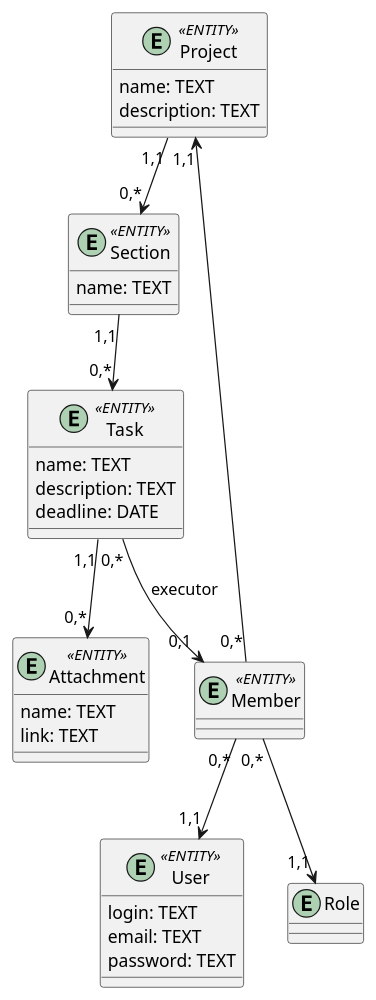
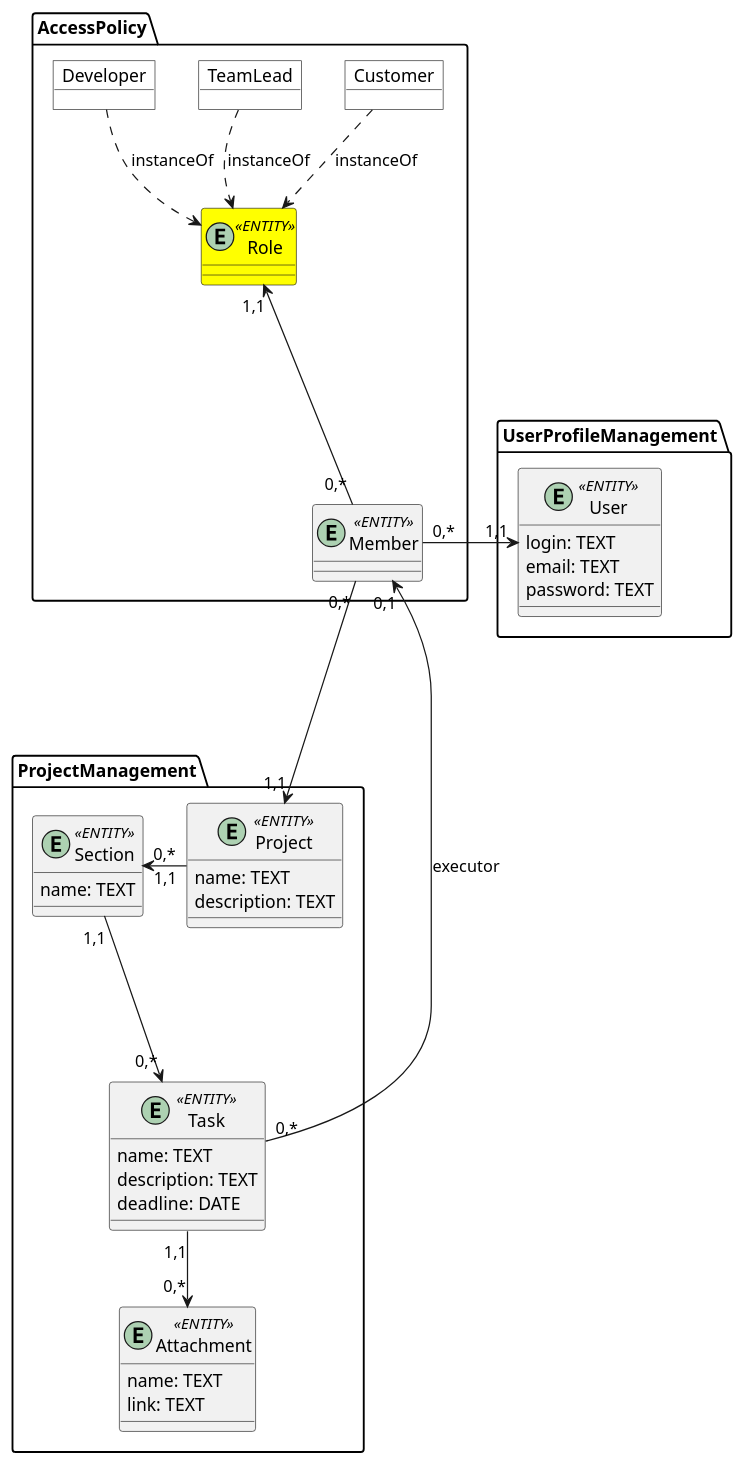
Before and after one commit to boldak/edu-db-cw: the second of 2 diagrams in docs/design/README.md, drawn with PlantUML.

Commit message:
finished ER-model

```diff
--- a/docs/design/README.md
+++ b/docs/design/README.md
@@ -85,46 +85,60 @@
 @startuml
 
-    entity Project <<ENTITY>> {
-      name: TEXT
-      description: TEXT
+    namespace UserProfileManagement {
+        entity User <<ENTITY>> {
+            login: TEXT
+            email: TEXT
+            password: TEXT
+        }
     }
 
-    entity User <<ENTITY>> {
-        login: TEXT
-        email: TEXT
-        password: TEXT
+    namespace ProjectManagement {
+        entity Project <<ENTITY>> {
+            name: TEXT
+            description: TEXT
+        }
+
+        entity Section <<ENTITY>> {
+            name: TEXT
+        }
+        
+        entity Task <<ENTITY>> {
+            name: TEXT
+            description: TEXT
+            deadline: DATE
+        }
+        
+        entity Attachment <<ENTITY>> {
+            name: TEXT
+            link: TEXT
+        }
     }
 
-    entity Member <<ENTITY>> { 
+    namespace AccessPolicy {
+        entity Member <<ENTITY>> { 
+        }
+
+        entity Role <<ENTITY>> #ffff00 {
+        }
+
+        object Customer #ffffff
+        object TeamLead #ffffff
+        object Developer #ffffff
     }
 
-    entity Section <<ENTITY>> {
-        name: TEXT
-    }
-    
-    entity Task <<ENTITY>> {
-        name: TEXT
-        description: TEXT
-        deadline: DATE
-    }
-    
-    entity Attachment <<ENTITY>> {
-        name: TEXT
-        link: TEXT
-    }
-
-    entity Role {
-    }
-
-    Member "0,*" --> "1,1" Project
-    Member "0,*" --> "1,1" Role
-    Member "0,*" --> "1,1" User
+    Member "0,*" ---> "1,1" Project
+    Member "0,*" --u-> "1,1" Role
+    Member "0,*" ---r-> "1,1" User
 
     Task "0,*" --> "0,1" Member : executor
 
-    Project "1,1" --> "0,*" Section
-    Section "1,1" --> "0,*" Task
+    Project "1,1" ---l-> "0,*" Section
+    Section "1,1" ---> "0,*" Task
     Task "1,1" --> "0,*" Attachment
+
+    Customer ..> Role : instanceOf
+    TeamLead ..> Role : instanceOf
+    Developer ..> Role : instanceOf
 
 
 @enduml
```
